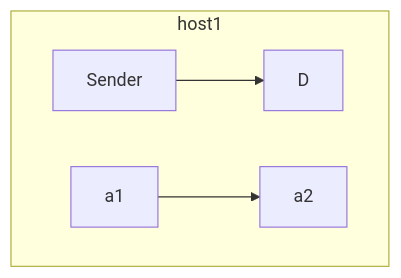
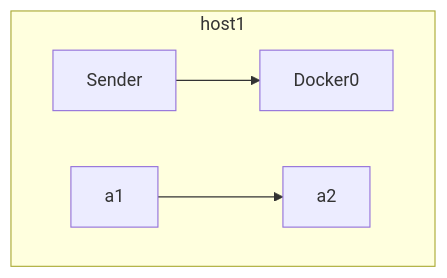
The diagram in all/network.md (googlelxhgithub/iodraw-files), drawn with Mermaid before and after one commit.

Commit message:
2024-08-30 21:45:56 update

````diff
--- a/all/network.md
+++ b/all/network.md
@@ -1,8 +1,8 @@
 ```mermaid
-flowchart TB
+flowchart TD
     subgraph host1
-    Sender --> D
+    Sender --> Docker0
     a1-->a2
     end
  
 ```
````
